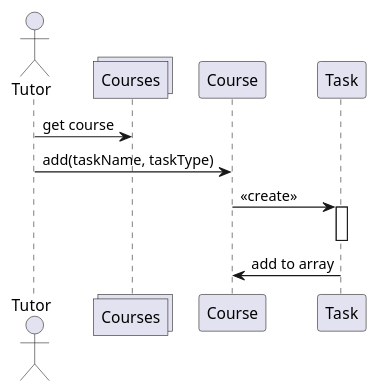
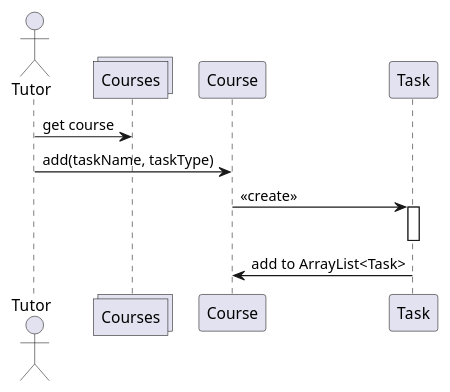
One commit to mementomorri/kotlin_backend changed the diagram in diagram/setTask.puml. Above: the diagram before and after it, drawn with PlantUML. The commit also changed 3 other files, not shown here.

```diff
--- a/diagram/setTask.puml
+++ b/diagram/setTask.puml
@@ -1,12 +1,12 @@
 @startuml setTask
 actor Tutor
 
 collections Courses
 
 Tutor -> Courses : get course
 Tutor -> Course : add(taskName, taskType)
 Course -> Task : << create >>
 activate Task
 deactivate Task
-Task -> Course  : add to array 
+Task -> Course  : add to ArrayList<Task>
 @enduml
```
